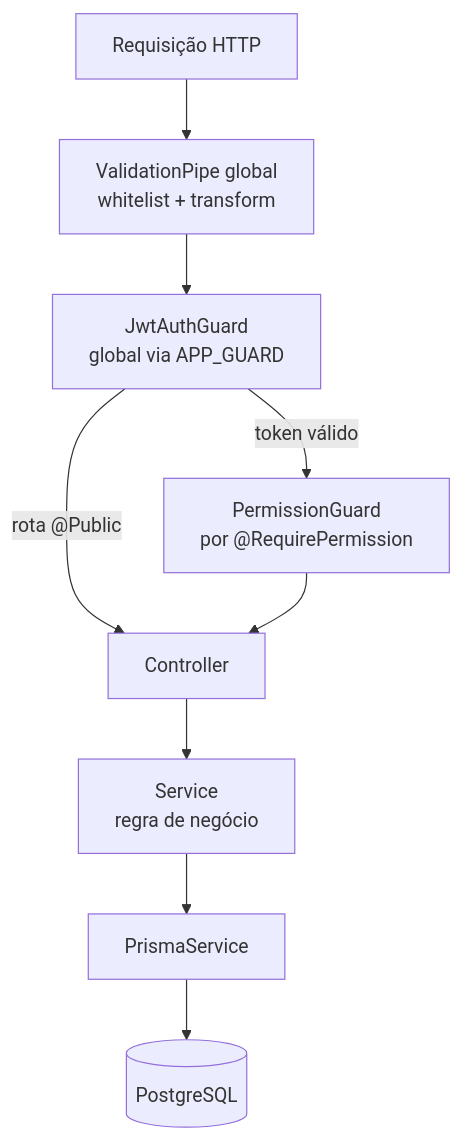
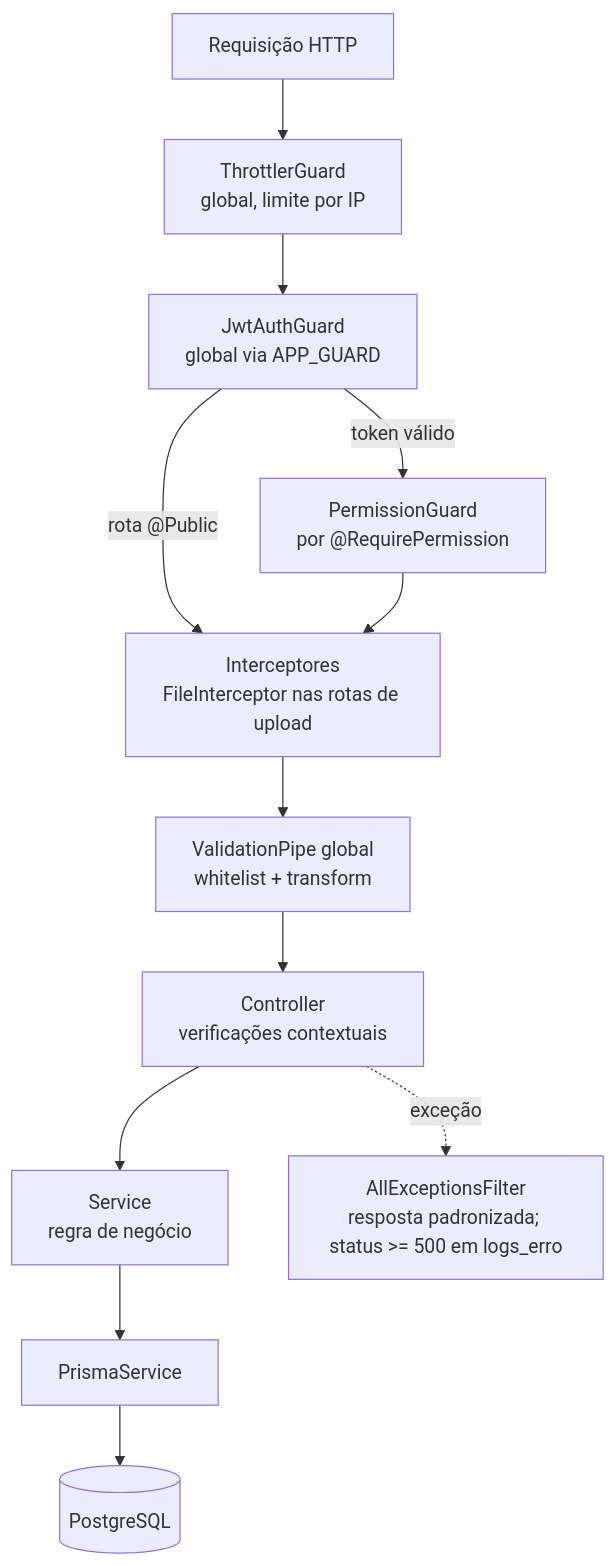
The first of 3 diagrams in docs/engineering/05-fluxos-tecnicos.md (bebberjoao/RoosterOneBackend), drawn with Mermaid before and after one commit. The commit also changed other lines of this file and 14 other files, not shown here.

````diff
--- a/docs/engineering/05-fluxos-tecnicos.md
+++ b/docs/engineering/05-fluxos-tecnicos.md
@@ -7,11 +8,14 @@
 ```mermaid
 flowchart TD
-    A[Requisição HTTP] --> B[ValidationPipe global<br/>whitelist + transform]
-    B --> C[JwtAuthGuard<br/>global via APP_GUARD]
-    C -->|rota @Public| E[Controller]
+    A[Requisição HTTP] --> T[ThrottlerGuard<br/>global, limite por IP]
+    T --> C[JwtAuthGuard<br/>global via APP_GUARD]
+    C -->|rota @Public| I
     C -->|token válido| D[PermissionGuard<br/>por @RequirePermission]
-    D --> E[Controller]
+    D --> I[Interceptores<br/>FileInterceptor nas rotas de upload]
+    I --> B[ValidationPipe global<br/>whitelist + transform]
+    B --> E[Controller<br/>verificações contextuais]
     E --> F[Service<br/>regra de negócio]
     F --> G[PrismaService]
     G --> H[(PostgreSQL)]
+    E -. exceção .-> X[AllExceptionsFilter<br/>resposta padronizada; status >= 500 em logs_erro]
 ```
````
